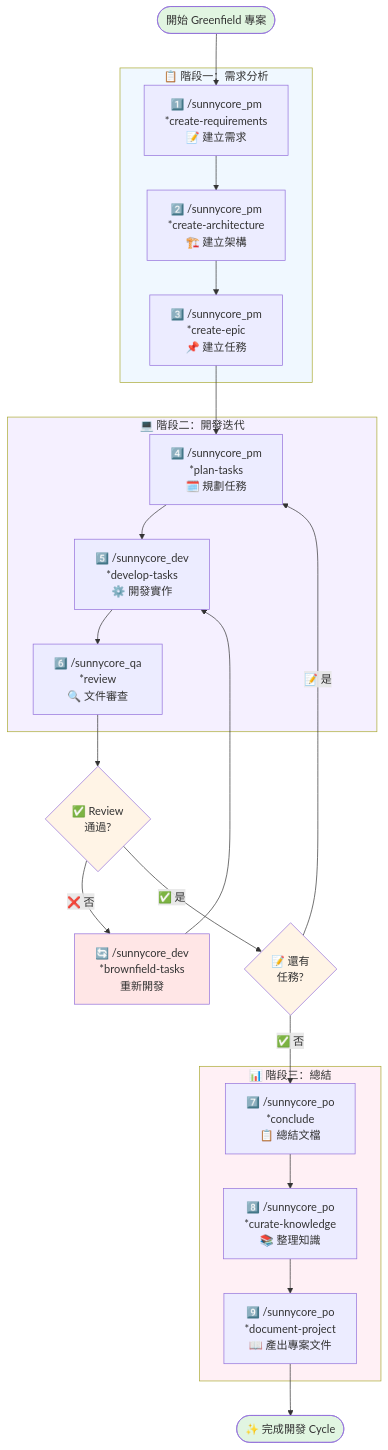
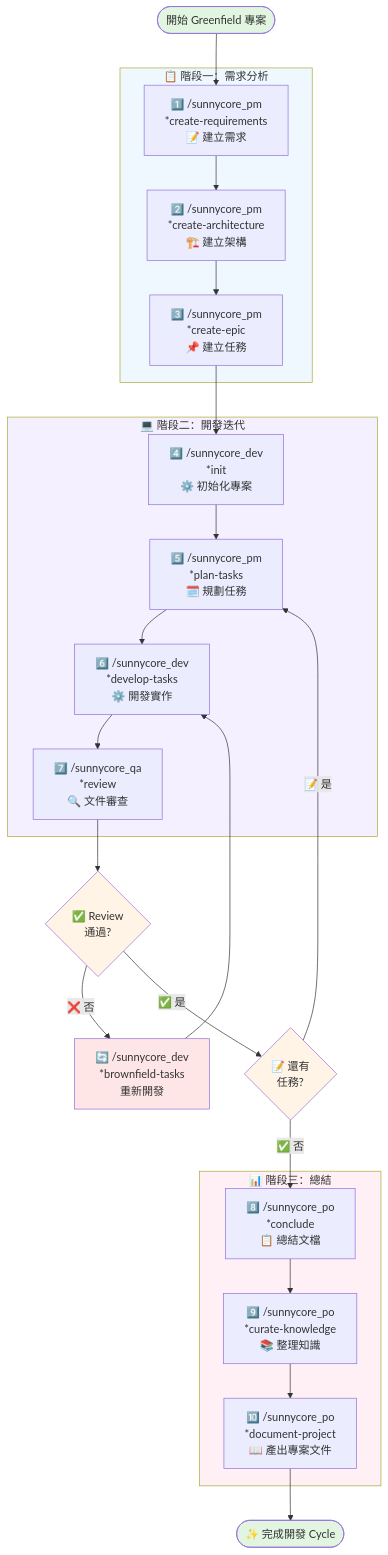
The first of 2 diagrams in claude code/README.md (Yamiyorunoshura/sunnycore), drawn with Mermaid before and after one commit. The commit also changed other lines of this file and 6 other files, not shown here.

First line of the commit message:
feat(dev): add init task for project initialization

````diff
--- a/claude code/README.md
+++ b/claude code/README.md
@@ -80,49 +81,50 @@
 ```mermaid
 flowchart TD
     Start([開始 Greenfield 專案]) --> A1
     
     subgraph Phase1 ["📋 階段一：需求分析"]
         A1["1️⃣ /sunnycore_pm<br/>*create-requirements<br/>📝 建立需求"]
         A2["2️⃣ /sunnycore_pm<br/>*create-architecture<br/>🏗️ 建立架構"]
         A3["3️⃣ /sunnycore_pm<br/>*create-epic<br/>📌 建立任務"]
         A1 --> A2 --> A3
     end
     
     subgraph Phase2 ["💻 階段二：開發迭代"]
-        B1["4️⃣ /sunnycore_pm<br/>*plan-tasks<br/>🗓️ 規劃任務"]
-        B2["5️⃣ /sunnycore_dev<br/>*develop-tasks<br/>⚙️ 開發實作"]
-        B3["6️⃣ /sunnycore_qa<br/>*review<br/>🔍 文件審查"]
-        B1 --> B2 --> B3
+        B0["4️⃣ /sunnycore_dev<br/>*init<br/>⚙️ 初始化專案"]
+        B1["5️⃣ /sunnycore_pm<br/>*plan-tasks<br/>🗓️ 規劃任務"]
+        B2["6️⃣ /sunnycore_dev<br/>*develop-tasks<br/>⚙️ 開發實作"]
+        B3["7️⃣ /sunnycore_qa<br/>*review<br/>🔍 文件審查"]
+        B0 --> B1 --> B2 --> B3
     end
     
     D1{"✅ Review<br/>通過?"}
     D2{"📝 還有<br/>任務?"}
     R1["🔄 /sunnycore_dev<br/>*brownfield-tasks<br/>重新開發"]
     
     subgraph Phase3 ["📊 階段三：總結"]
-        C1["7️⃣ /sunnycore_po<br/>*conclude<br/>📋 總結文檔"]
-        C2["8️⃣ /sunnycore_po<br/>*curate-knowledge<br/>📚 整理知識"]
-        C3["9️⃣ /sunnycore_po<br/>*document-project<br/>📖 產出專案文件"]
+        C1["8️⃣ /sunnycore_po<br/>*conclude<br/>📋 總結文檔"]
+        C2["9️⃣ /sunnycore_po<br/>*curate-knowledge<br/>📚 整理知識"]
+        C3["🔟 /sunnycore_po<br/>*document-project<br/>📖 產出專案文件"]
         C1 --> C2 --> C3
     end
     
     Done([✨ 完成開發 Cycle])
     
-    A3 --> B1
+    A3 --> B0
     B3 --> D1
     D1 -->|"❌ 否"| R1
     R1 --> B2
     D1 -->|"✅ 是"| D2
     D2 -->|"📝 是"| B1
     D2 -->|"✅ 否"| C1
     C3 --> Done
     
     style Start fill:#e1f5e1
     style Done fill:#e1f5e1
     style D1 fill:#fff4e6
     style D2 fill:#fff4e6
     style R1 fill:#ffe6e6
     style Phase1 fill:#f0f8ff
     style Phase2 fill:#f5f0ff
     style Phase3 fill:#fff0f5
 ```
````
